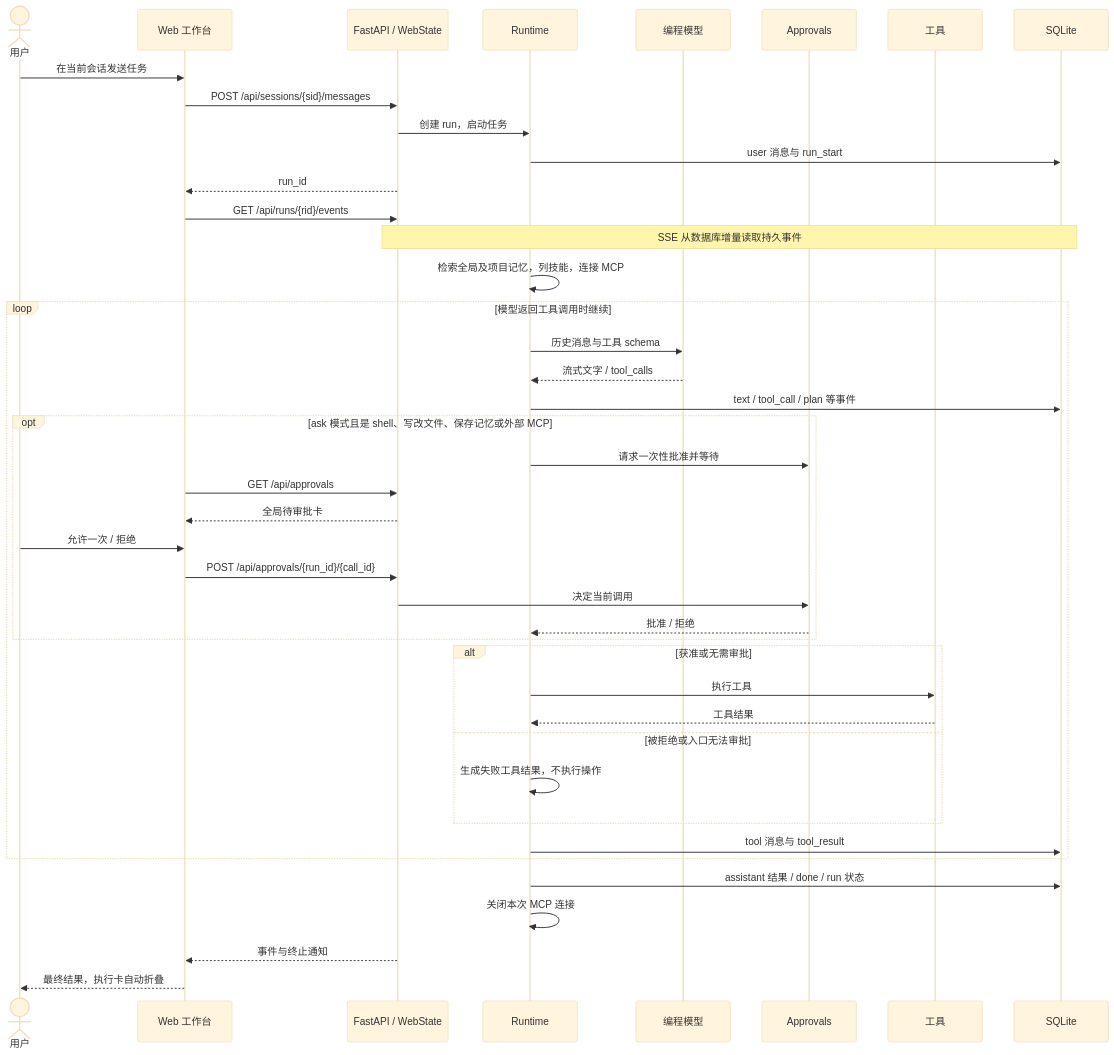
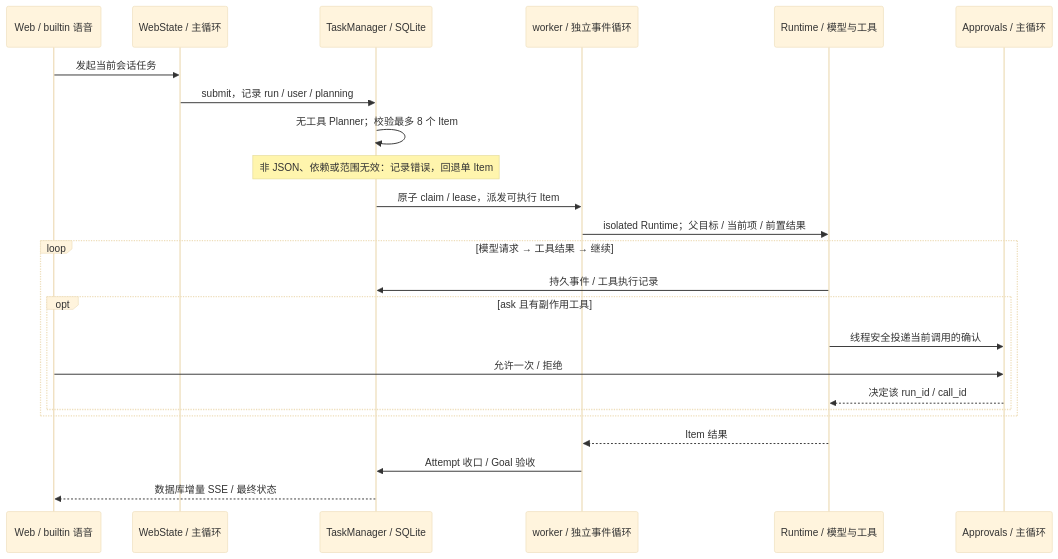
One commit to ShaoLongFei/dongdong changed the second of 3 diagrams in docs/architecture.md. Above: the diagram before and after it, drawn with Mermaid (base theme). The commit also changed other lines of this file and 7 other files, not shown here.

Commit message:
docs: update architecture and project file browsing

````diff
--- a/docs/architecture.md
+++ b/docs/architecture.md
@@ -102,44 +101,26 @@
 ```mermaid
 sequenceDiagram
-    actor U as 用户
-    participant UI as Web 工作台
-    participant W as FastAPI / WebState
-    participant R as Runtime
-    participant L as 编程模型
-    participant A as Approvals
-    participant T as 工具
-    participant S as SQLite
-    U->>UI: 在当前会话发送任务
-    UI->>W: POST /api/sessions/{sid}/messages
-    W->>R: 创建 run，启动任务
-    R->>S: user 消息与 run_start
-    W-->>UI: run_id
-    UI->>W: GET /api/runs/{rid}/events
-    Note over W,S: SSE 从数据库增量读取持久事件
-    R->>R: 检索全局及项目记忆，列技能，连接 MCP
-    loop 模型返回工具调用时继续
-        R->>L: 历史消息与工具 schema
-        L-->>R: 流式文字 / tool_calls
-        R->>S: text / tool_call / plan 等事件
-        opt ask 模式且是 shell、写改文件、保存记忆或外部 MCP
-            R->>A: 请求一次性批准并等待
-            UI->>W: GET /api/approvals
-            W-->>UI: 全局待审批卡
-            U->>UI: 允许一次 / 拒绝
-            UI->>W: POST /api/approvals/{run_id}/{call_id}
-            W->>A: 决定当前调用
-            A-->>R: 批准 / 拒绝
+    participant U as Web / builtin 语音
+    participant H as WebState / 主循环
+    participant S as TaskManager / SQLite
+    participant W as worker / 独立事件循环
+    participant R as Runtime / 模型与工具
+    participant A as Approvals / 主循环
+    U->>H: 发起当前会话任务
+    H->>S: submit，记录 run / user / planning
+    S->>S: 无工具 Planner；校验最多 8 个 Item
+    Note over S: 非 JSON、依赖或范围无效：记录错误，回退单 Item
+    S->>W: 原子 claim / lease，派发可执行 Item
+    W->>R: isolated Runtime；父目标 / 当前项 / 前置结果
+    loop 模型请求 → 工具结果 → 继续
+        R->>S: 持久事件 / 工具执行记录
+        opt ask 且有副作用工具
+            R->>A: 线程安全投递当前调用的确认
+            U->>A: 允许一次 / 拒绝
+            A-->>R: 决定该 run_id / call_id
         end
-        alt 获准或无需审批
-            R->>T: 执行工具
-            T-->>R: 工具结果
-        else 被拒绝或入口无法审批
-            R->>R: 生成失败工具结果，不执行操作
-        end
-        R->>S: tool 消息与 tool_result
     end
-    R->>S: assistant 结果 / done / run 状态
-    R->>R: 关闭本次 MCP 连接
-    W-->>UI: 事件与终止通知
-    UI-->>U: 最终结果，执行卡自动折叠
+    R-->>W: Item 结果
+    W->>S: Attempt 收口 / Goal 验收
+    S-->>U: 数据库增量 SSE / 最终状态
 ```
````
